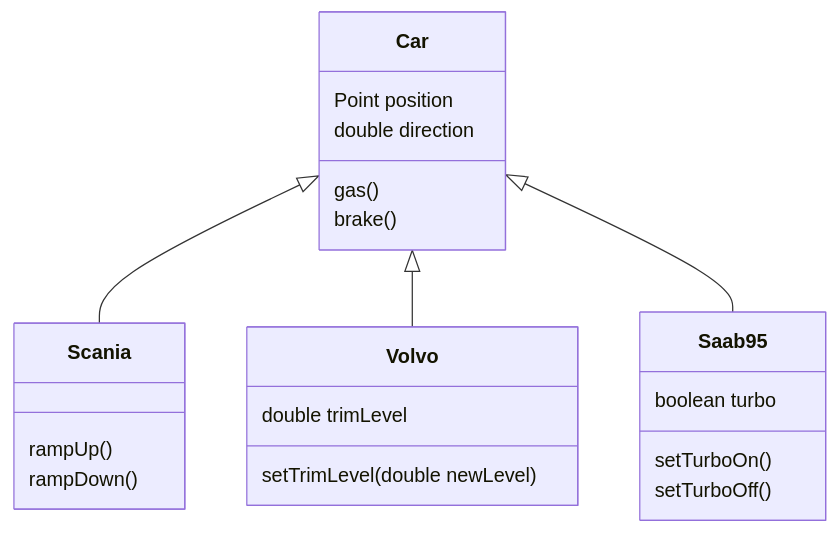
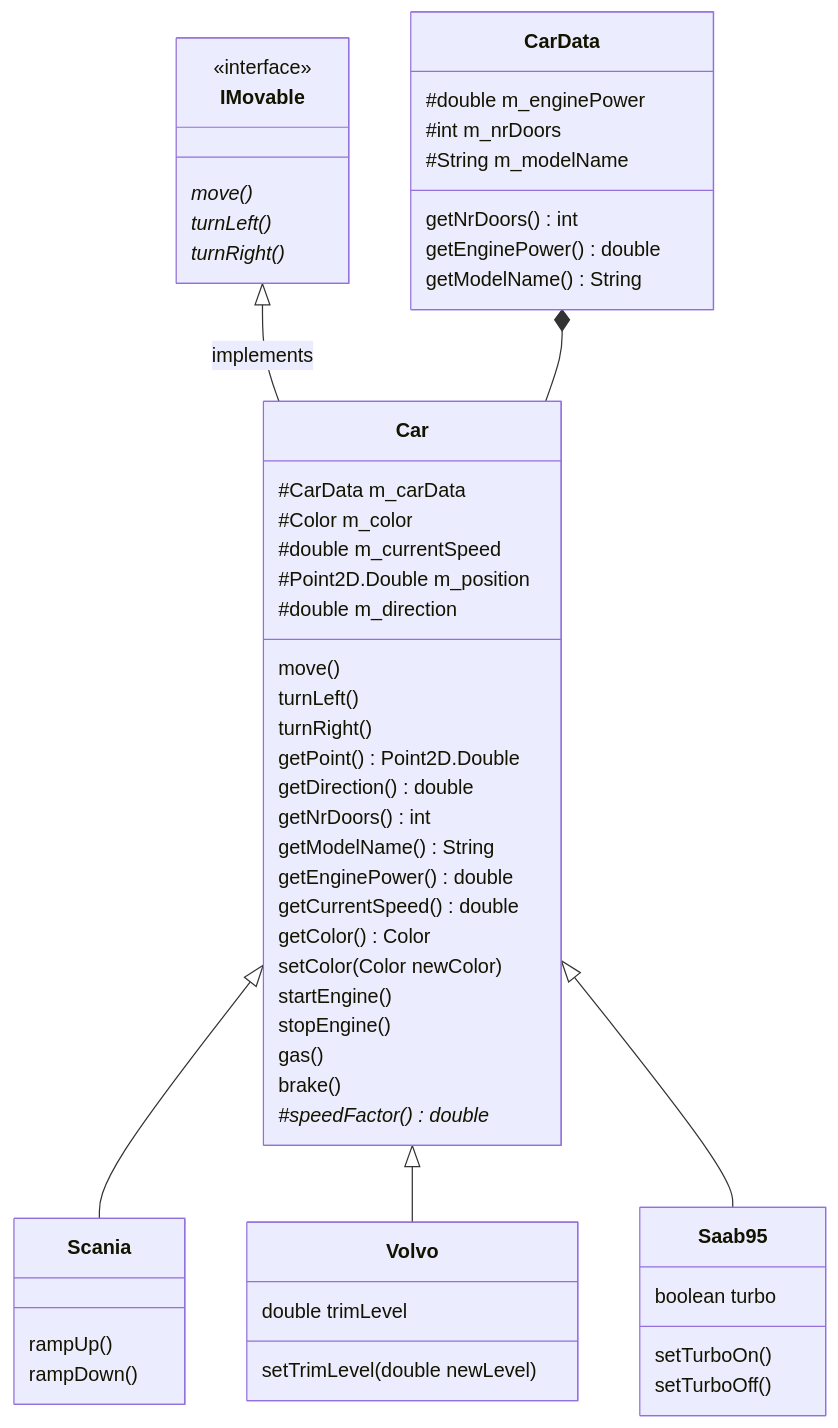
The diagram in uml.md (Faunther/dit954-lab1), drawn with Mermaid before and after one commit. The commit also changed 1 other file, not shown here.

Commit message:
Update UML

````diff
--- a/uml.md
+++ b/uml.md
@@ -3,26 +3,65 @@
 ```mermaid
 classDiagram
     Car <|-- Scania
     Car <|-- Volvo
     Car <|-- Saab95
 
+    class CarData {
+        #double m_enginePower
+        #int m_nrDoors
+        #String m_modelName
+
+        getNrDoors() int
+        getEnginePower() double
+        getModelName() String
+    }
+
+    class IMovable {
+        move()*
+        turnLeft()*
+        turnRight()*
+    }
+    <<interface>> IMovable
+    IMovable <|-- Car : implements
+    CarData *-- Car
+
     class Car {
-        Point position
-        double direction
+        #CarData m_carData
+        #Color m_color
+        #double m_currentSpeed
+        #Point2D.Double m_position
+        #double m_direction
+        
+        move()
+        turnLeft()
+        turnRight()
+        getPoint() Point2D.Double
+        getDirection() double
+        getNrDoors() int
+        getModelName() String
+        getEnginePower() double
+        getCurrentSpeed() double
+        getColor() Color
+        setColor(Color newColor)
+
+        startEngine()
+        stopEngine()
         gas()
         brake()
+
+        #speedFactor()* double
     }
     class Scania {
         rampUp()
         rampDown()
     }
     class Volvo {
         double trimLevel
         setTrimLevel(double newLevel)
     }
     class Saab95 {
         boolean turbo
         setTurboOn()
         setTurboOff()
     }
 ```
````
